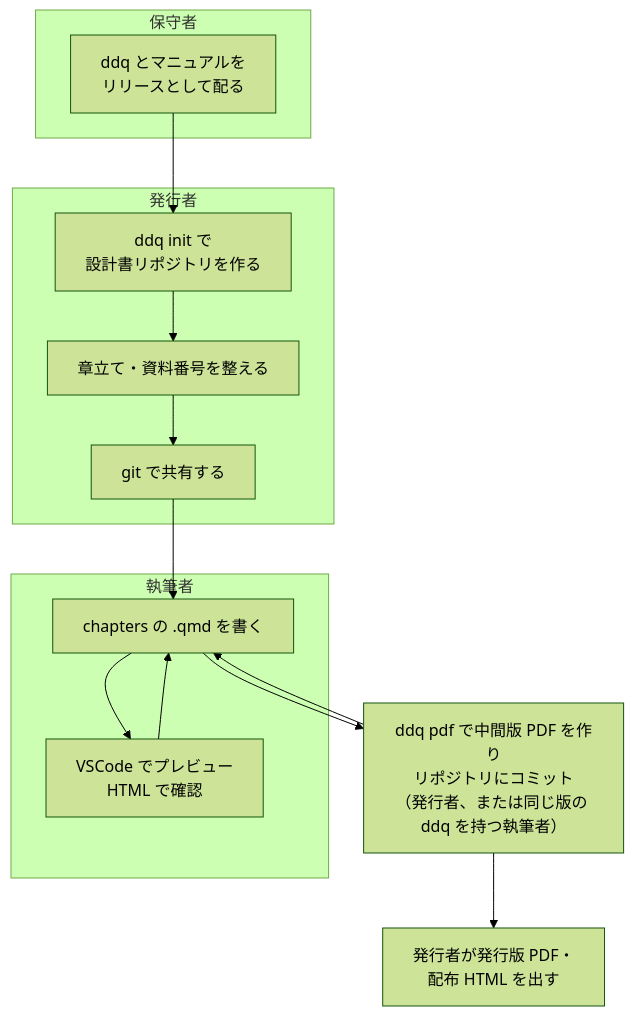
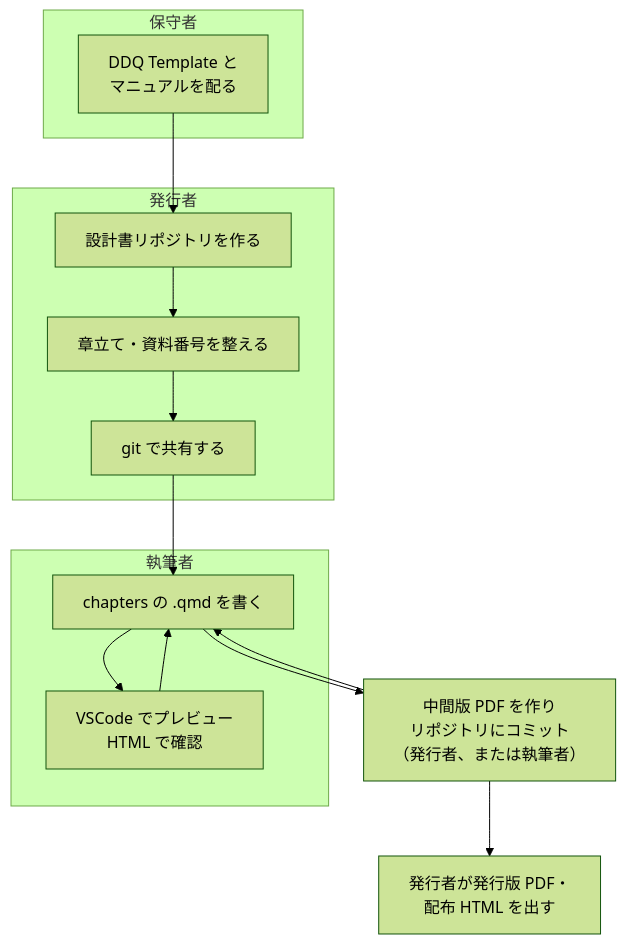
The diagram in docs/manual/chapters/01-overview/04-flow.qmd (ramsesyok/ddq-template), drawn with Mermaid (forest theme) before and after one commit. The commit also changed other lines of this file and 136 other files, not shown here.

First line of the commit message:
docs: rewrite manual around DDQ Template and merge extension impl specs

````diff
--- a/docs/manual/chapters/01-overview/04-flow.qmd
+++ b/docs/manual/chapters/01-overview/04-flow.qmd
@@ -7,19 +7,19 @@
 ```mermaid
 flowchart TD
   subgraph 保守者
-    T[ddq とマニュアルを<br/>リリースとして配る]
+    T[DDQ Template と<br/>マニュアルを配る]
   end
   T --> I
   subgraph 発行者
-    I[ddq init で<br/>設計書リポジトリを作る] --> C[章立て・資料番号を整える]
+    I[設計書リポジトリを作る] --> C[章立て・資料番号を整える]
     C --> G[git で共有する]
   end
   G --> W
   subgraph 執筆者
     W[chapters の .qmd を書く] --> P[VSCode でプレビュー<br/>HTML で確認]
     P --> W
   end
-  W --> M[ddq pdf で中間版 PDF を作り<br/>リポジトリにコミット<br/>（発行者、または同じ版の ddq を持つ執筆者）]
+  W --> M[中間版 PDF を作り<br/>リポジトリにコミット<br/>（発行者、または執筆者）]
   M --> W
   M --> B[発行者が発行版 PDF・<br/>配布 HTML を出す]
 ```
````
